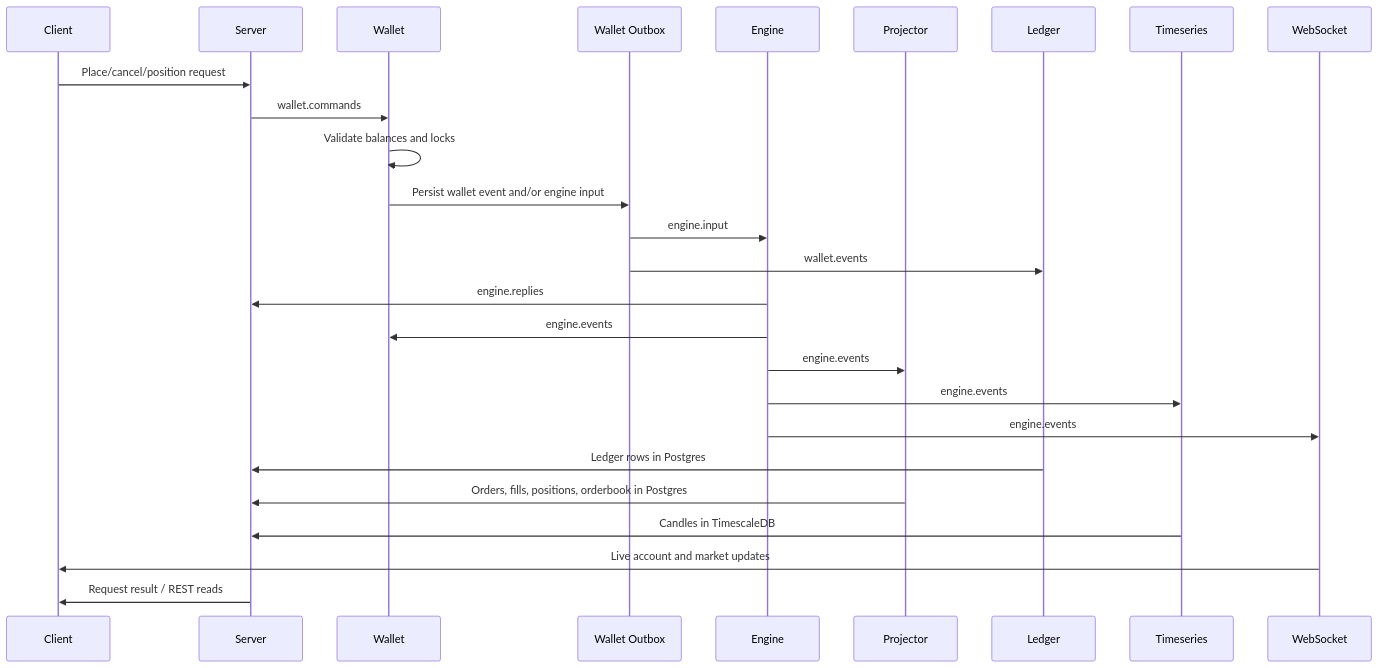
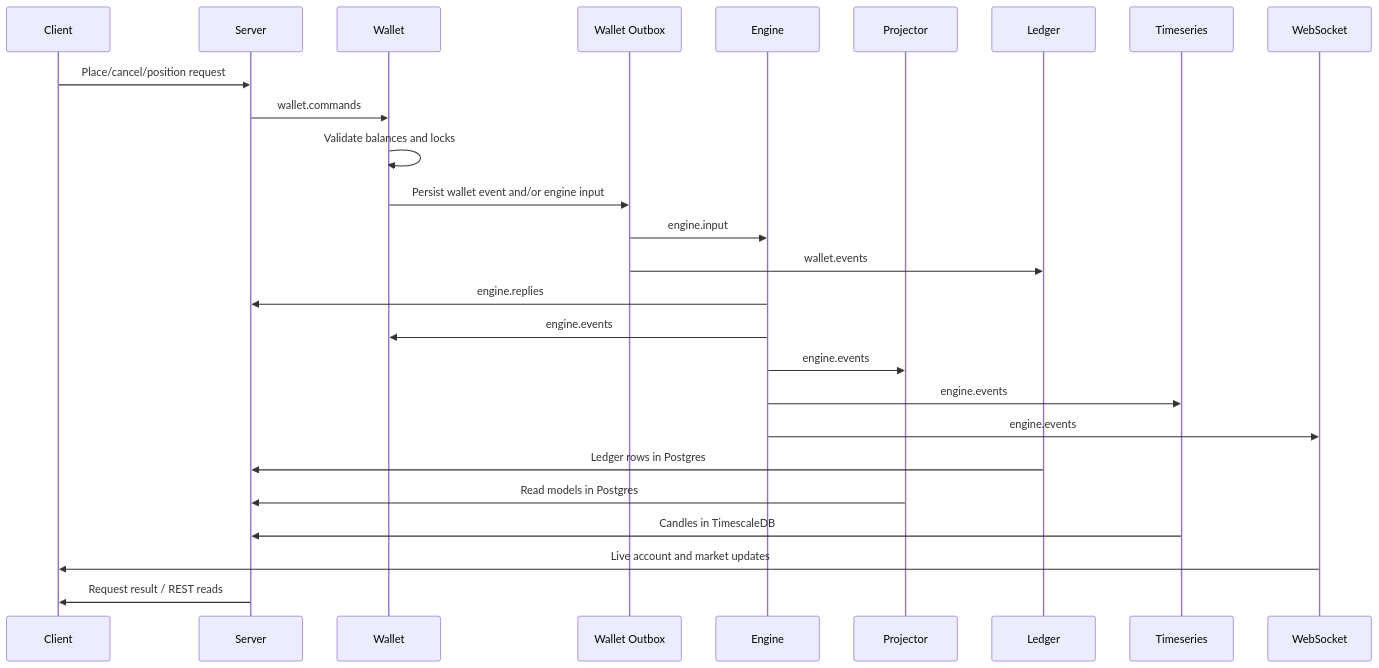
Before and after one commit to whoisasx/exchange-server: the second of 3 diagrams in README.md, drawn with Mermaid. The commit also changed other lines of this file and 3 other files, not shown here.

````diff
--- a/README.md
+++ b/README.md
@@ -50,29 +46,29 @@
 ```mermaid
 sequenceDiagram
     participant C as Client
     participant S as Server
     participant W as Wallet
     participant O as Wallet Outbox
     participant E as Engine
     participant P as Projector
     participant L as Ledger
     participant TS as Timeseries
     participant WS as WebSocket
 
     C->>S: Place/cancel/position request
     S->>W: wallet.commands
     W->>W: Validate balances and locks
     W->>O: Persist wallet event and/or engine input
     O->>E: engine.input
     O->>L: wallet.events
     E->>S: engine.replies
     E->>W: engine.events
     E->>P: engine.events
     E->>TS: engine.events
     E->>WS: engine.events
     L->>S: Ledger rows in Postgres
-    P->>S: Orders, fills, positions, orderbook in Postgres
+    P->>S: Read models in Postgres
     TS->>S: Candles in TimescaleDB
     WS->>C: Live account and market updates
     S->>C: Request result / REST reads
 ```
````
